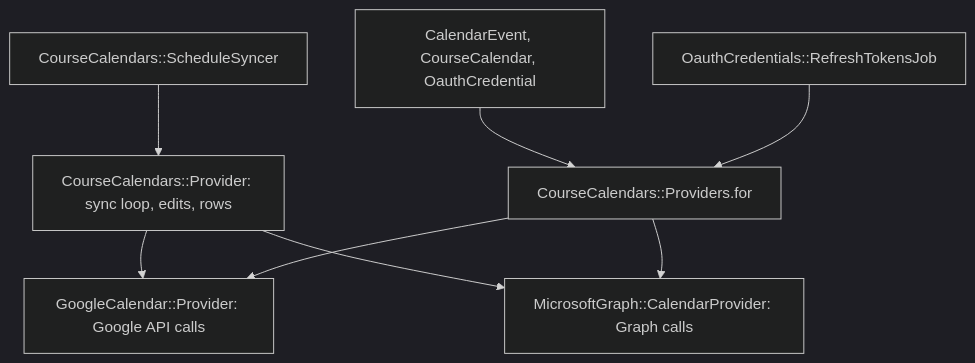
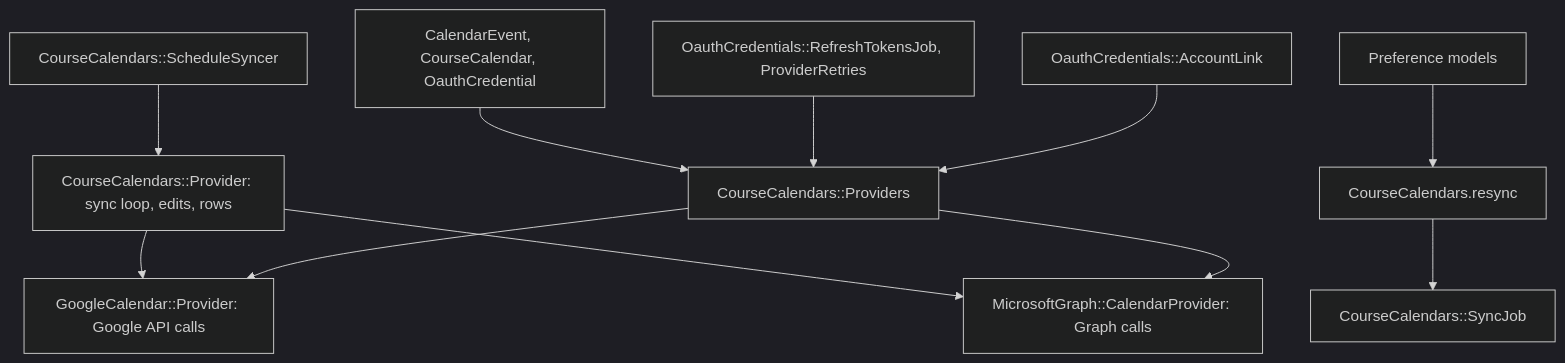
One commit to WITCodingClub/calendar-backend changed the first of 4 diagrams in docs/architecture.md. Above: the diagram before and after it, drawn with Mermaid (dark theme). The commit also changed other lines of this file and 92 other files, not shown here.

First line of the commit message:
refactor: let each calendar provider own its facts and start syncs in one place (#1042)

````diff
--- a/docs/architecture.md
+++ b/docs/architecture.md
@@ -53,10 +55,13 @@
 ```mermaid
 flowchart TD
   Syncer[CourseCalendars::ScheduleSyncer] --> Base[CourseCalendars::Provider: sync loop, edits, rows]
   Base --> Google[GoogleCalendar::Provider: Google API calls]
   Base --> Microsoft[MicrosoftGraph::CalendarProvider: Graph calls]
-  Models[CalendarEvent, CourseCalendar, OauthCredential] --> Registry[CourseCalendars::Providers.for]
-  Jobs[OauthCredentials::RefreshTokensJob] --> Registry
+  Models[CalendarEvent, CourseCalendar, OauthCredential] --> Registry[CourseCalendars::Providers]
+  Jobs[OauthCredentials::RefreshTokensJob, ProviderRetries] --> Registry
+  Link[OauthCredentials::AccountLink] --> Registry
+  Prefs[Preference models] --> Resync[CourseCalendars.resync]
+  Resync --> SyncJob[CourseCalendars::SyncJob]
   Registry --> Google
   Registry --> Microsoft
 ```
````
